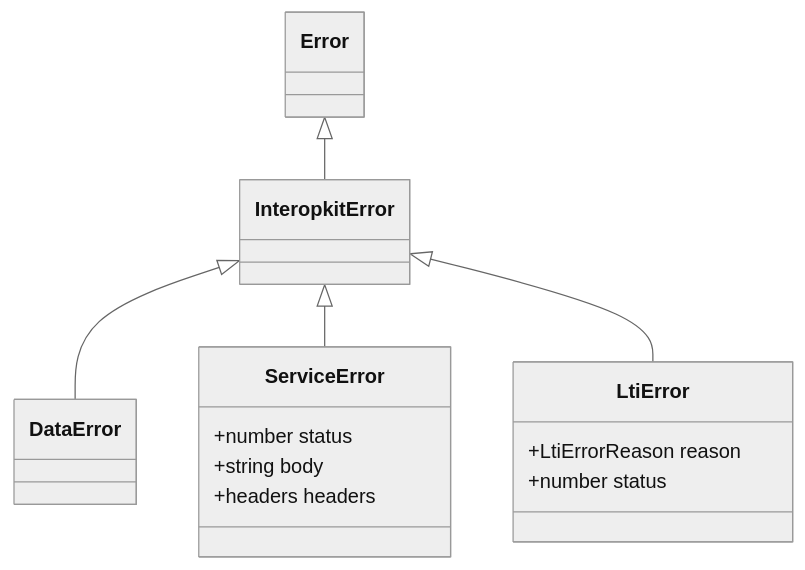
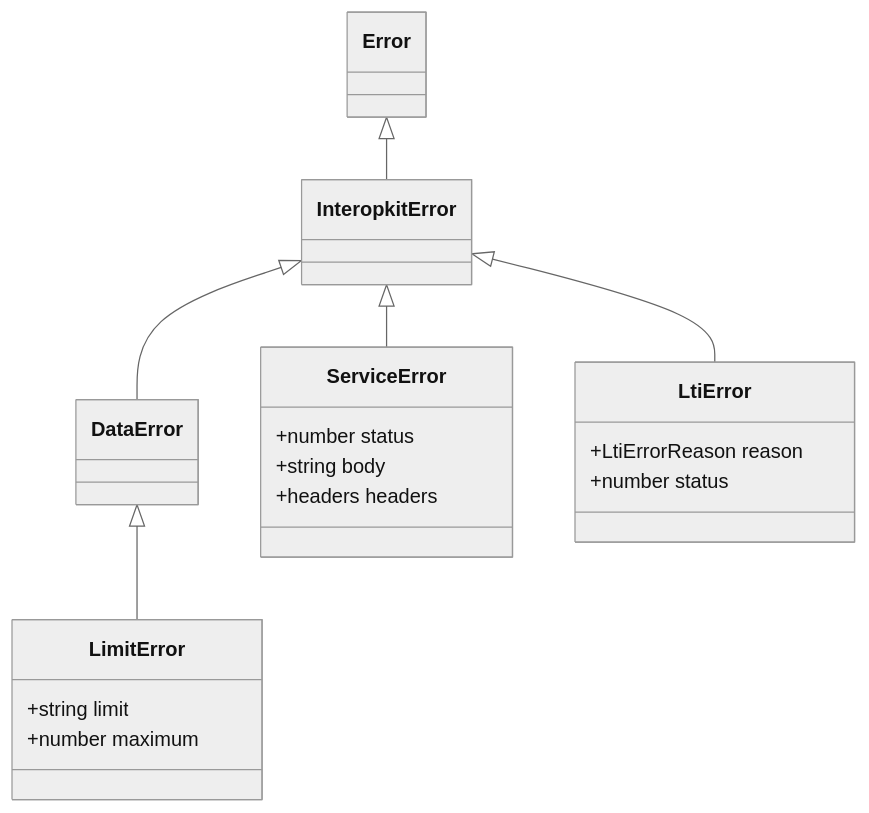
One commit to interopkit/interopkit changed the diagram in docs/core/errors.md. Above: the diagram before and after it, drawn with Mermaid (neutral theme). The commit also changed other lines of this file and 137 other files, not shown here.

````diff
--- a/docs/core/errors.md
+++ b/docs/core/errors.md
@@ -6,16 +8,21 @@
 ```mermaid
 classDiagram
   Error <|-- InteropkitError
   InteropkitError <|-- DataError
+  DataError <|-- LimitError
   InteropkitError <|-- ServiceError
   InteropkitError <|-- LtiError
+  class LimitError {
+    +string limit
+    +number maximum
+  }
   class ServiceError {
     +number status
     +string body
     +headers headers
   }
   class LtiError {
     +LtiErrorReason reason
     +number status
   }
 ```
````
